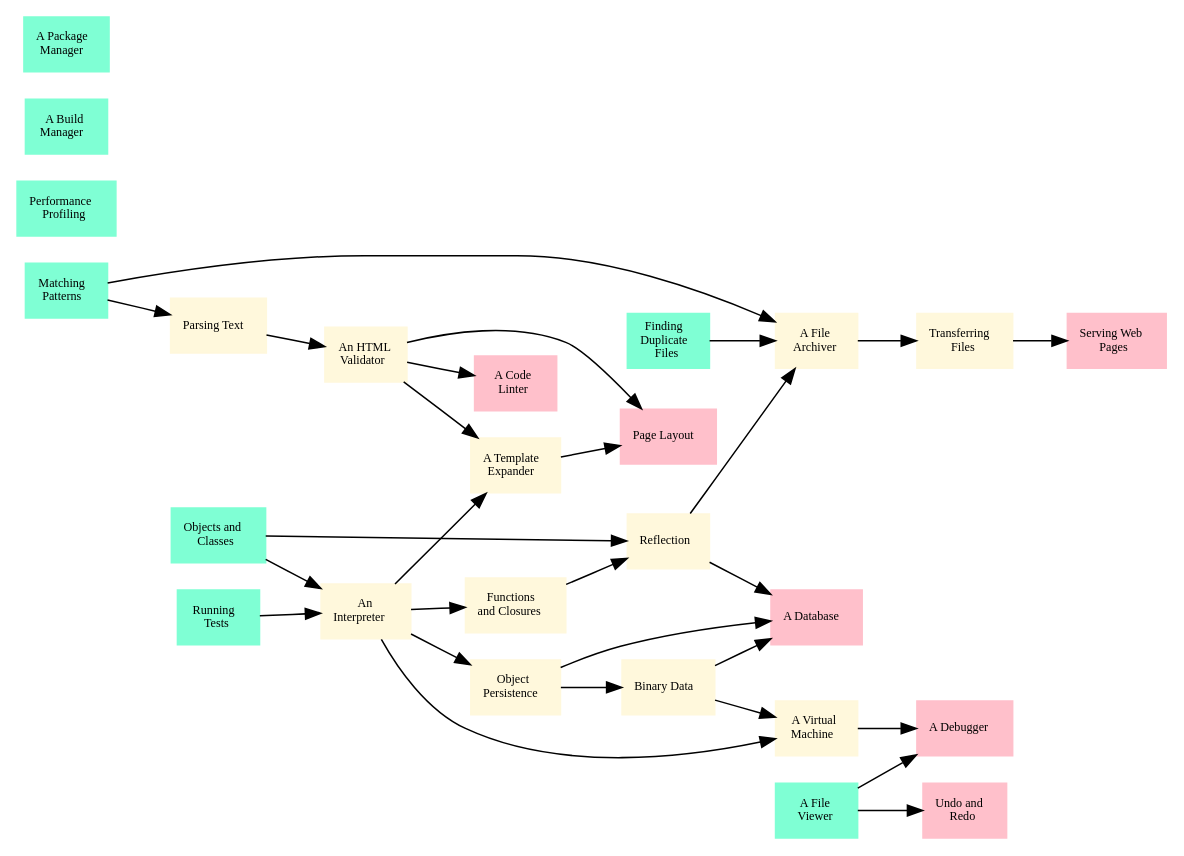
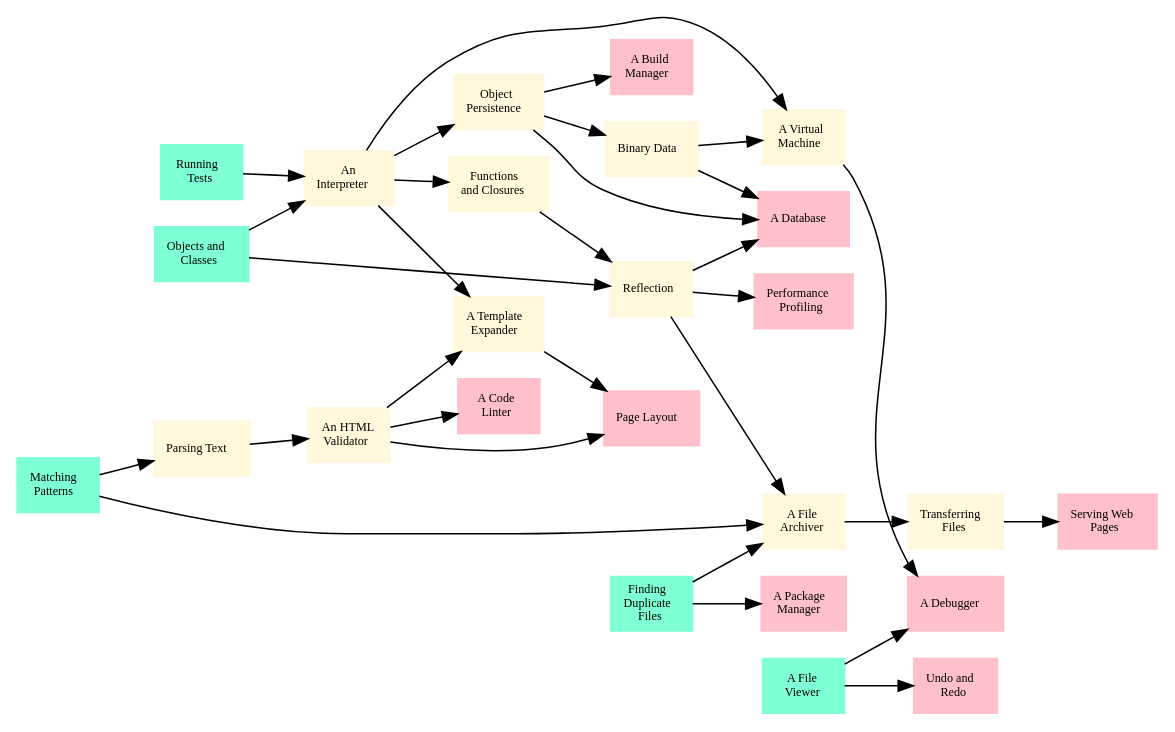
One commit to gvwilson/sdxpy changed the diagram in info/regular.dot. Above: the diagram before and after it, drawn with Graphviz. The commit also changed 12 other files, not shown here.

```diff
--- a/info/regular.dot
+++ b/info/regular.dot
@@ -1,56 +1,59 @@
 digraph {
 	graph [rankdir=LR]
 	node [fontname=Verdana fontsize=8 shape=box style=filled]
 	oop [label=<Objects and<br/>Classes> color=aquamarine]
 	dup [label=<Finding<br/>Duplicate<br/>Files> color=aquamarine]
 	glob [label=<Matching<br/>Patterns> color=aquamarine]
 	parse [label=<Parsing Text> color=cornsilk]
 	test [label=<Running<br/>Tests> color=aquamarine]
 	interp [label=<An<br/>Interpreter> color=cornsilk]
 	func [label=<Functions<br/>and Closures> color=cornsilk]
 	reflect [label=<Reflection> color=cornsilk]
 	archive [label=<A File<br/>Archiver> color=cornsilk]
 	check [label=<An HTML<br/>Validator> color=cornsilk]
 	template [label=<A Template<br/>Expander> color=cornsilk]
 	lint [label=<A Code<br/>Linter> color=pink]
 	layout [label=<Page Layout> color=pink]
-	perf [label=<Performance<br/>Profiling> color=aquamarine]
+	perf [label=<Performance<br/>Profiling> color=pink]
 	persist [label=<Object<br/>Persistence> color=cornsilk]
 	binary [label=<Binary Data> color=cornsilk]
 	db [label=<A Database> color=pink]
-	build [label=<A Build<br/>Manager> color=aquamarine]
-	pack [label=<A Package<br/>Manager> color=aquamarine]
+	build [label=<A Build<br/>Manager> color=pink]
+	pack [label=<A Package<br/>Manager> color=pink]
 	ftp [label=<Transferring<br/>Files> color=cornsilk]
 	http [label=<Serving Web<br/>Pages> color=pink]
 	viewer [label=<A File<br/>Viewer> color=aquamarine]
 	undo [label=<Undo and<br/>Redo> color=pink]
 	vm [label=<A Virtual<br/>Machine> color=cornsilk]
 	debugger [label=<A Debugger> color=pink]
 	glob -> parse
 	test -> interp
 	oop -> interp
 	interp -> func
 	func -> reflect
 	oop -> reflect
+	glob -> archive
+	dup -> archive
 	reflect -> archive
-	dup -> archive
-	glob -> archive
 	parse -> check
+	interp -> template
 	check -> template
-	interp -> template
 	check -> lint
 	check -> layout
 	template -> layout
+	reflect -> perf
 	interp -> persist
 	persist -> binary
+	persist -> db
 	binary -> db
-	persist -> db
 	reflect -> db
+	persist -> build
+	dup -> pack
 	archive -> ftp
 	ftp -> http
 	viewer -> undo
+	interp -> vm
 	binary -> vm
-	interp -> vm
 	viewer -> debugger
 	vm -> debugger
 }
```
